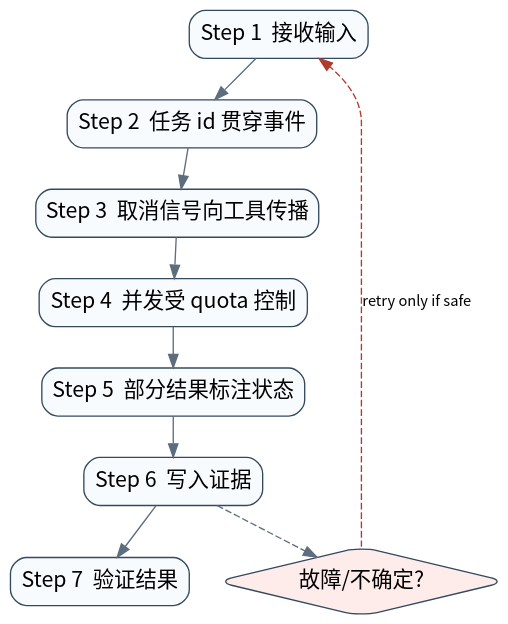
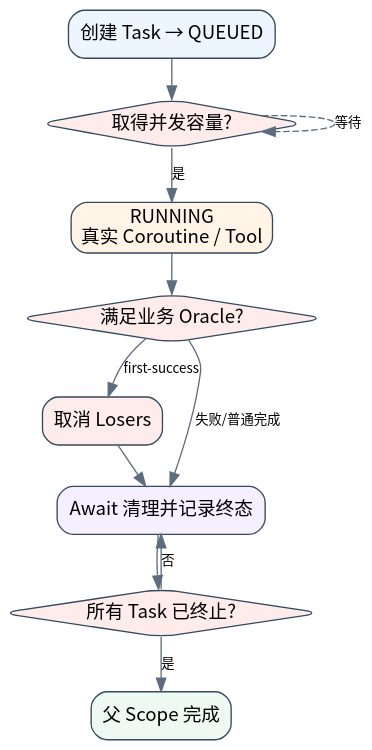
Before and after one commit to william-lbn/aiagentsystem: the diagram in book/assets/diagrams/15-async-flow.dot, drawn with Graphviz. The commit also changed 227 other files, not shown here.

```diff
--- a/book/assets/diagrams/15-async-flow.dot
+++ b/book/assets/diagrams/15-async-flow.dot
@@ -1,21 +1,23 @@
 digraph G {
-graph [rankdir=TB,bgcolor="transparent",pad="0.15",nodesep="0.28",ranksep="0.42"];
-node [shape=box,style="rounded,filled",fontname="Noto Sans CJK SC",fontsize=16,color="#34495e",fillcolor="#f8fbfd"];
-edge [fontname="Noto Sans CJK SC",fontsize=11,color="#5d6d7e"];
-s0 [label="Step 1  接收输入"];
-s1 [label="Step 2  任务 id 贯穿事件"];
-s2 [label="Step 3  取消信号向工具传播"];
-s3 [label="Step 4  并发受 quota 控制"];
-s4 [label="Step 5  部分结果标注状态"];
-s5 [label="Step 6  写入证据"];
-s6 [label="Step 7  验证结果"];
-s0->s1;
-s1->s2;
-s2->s3;
-s3->s4;
-s4->s5;
-s5->s6;
-fail [shape=diamond,label="故障/不确定?",fillcolor="#fdecea"];
-s5->fail [style=dashed];
-fail->s0 [label="retry only if safe",style=dashed,color="#b03a2e"];
+graph [rankdir=TB,bgcolor="transparent",pad="0.18",nodesep="0.3",ranksep="0.4"];
+node [shape=box,style="rounded,filled",fontname="Noto Sans CJK SC",fontsize=14,color="#34495e"];
+edge [fontname="Noto Sans CJK SC",fontsize=10,color="#5d6d7e"];
+spawn [label="创建 Task → QUEUED",fillcolor="#edf5ff"];
+capacity [shape=diamond,label="取得并发容量?",fillcolor="#fdecea"];
+run [label="RUNNING\n真实 Coroutine / Tool",fillcolor="#fff4e6"];
+result [shape=diamond,label="满足业务 Oracle?",fillcolor="#fdecea"];
+cancel [label="取消 Losers",fillcolor="#fdecea"];
+await [label="Await 清理并记录终态",fillcolor="#f6efff"];
+all [shape=diamond,label="所有 Task 已终止?",fillcolor="#fdecea"];
+done [label="父 Scope 完成",fillcolor="#eef9f1"];
+spawn->capacity;
+capacity->run [label="是"];
+capacity->capacity [label="等待",style=dashed];
+run->result;
+result->cancel [label="first-success"];
+result->await [label="失败/普通完成"];
+cancel->await;
+await->all;
+all->done [label="是"];
+all->await [label="否"];
 }
```
